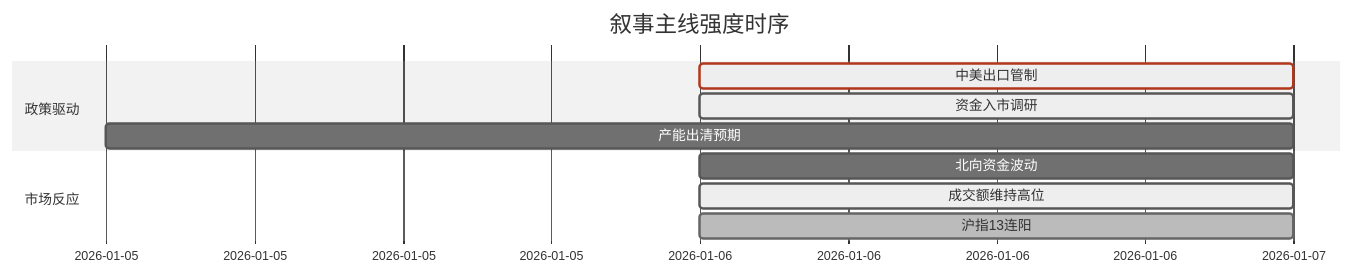
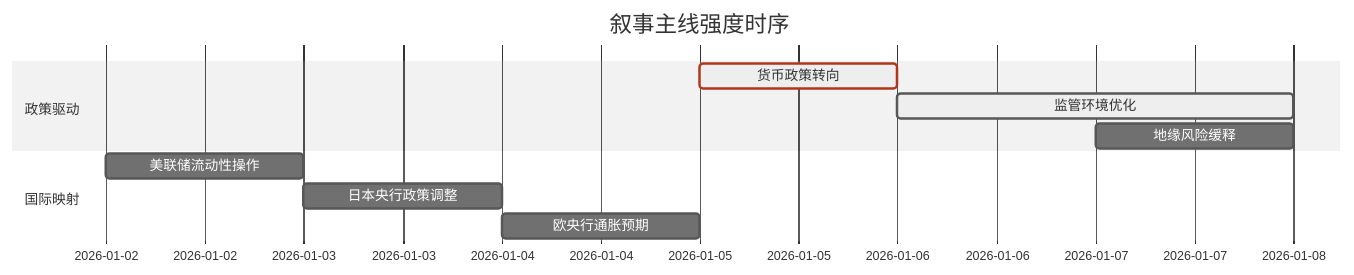
Before and after one commit to uu5zn/uu5zn.github.io: the diagram in 5day_report.md, drawn with Mermaid (neutral theme). The commit also changed other lines of this file and 20 other files, not shown here.

````diff
--- a/5day_report.md
+++ b/5day_report.md
@@ -51,14 +51,14 @@
 ```mermaid
 gantt
     title 叙事主线强度时序
     dateFormat  YYYY-MM-DD
     section 政策驱动
-    中美出口管制   :crit, active, 2026-01-06, 1d
-    资金入市调研   :active, 2026-01-06, 1d
-    产能出清预期   :2026-01-05, 2d
+    货币政策转向   :crit, active, 2026-01-05, 1d
+    监管环境优化   :active, 2026-01-06, 2d
+    地缘风险缓释   :2026-01-07, 1d
     
-    section 市场反应
-    北向资金波动   :2026-01-06, 1d
-    成交额维持高位 :active, 2026-01-06, 1d
-    沪指13连阳     :done, 2026-01-06, 1d
+    section 国际映射
+    美联储流动性操作   :2026-01-02, 1d
+    日本央行政策调整   :2026-01-03, 1d
+    欧央行通胀预期   :2026-01-04, 1d
 ```
````
